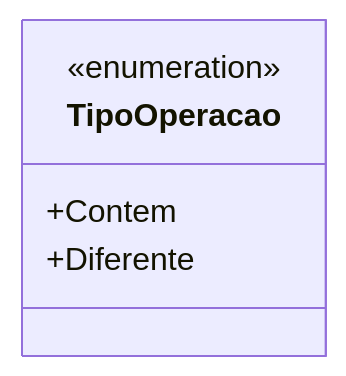
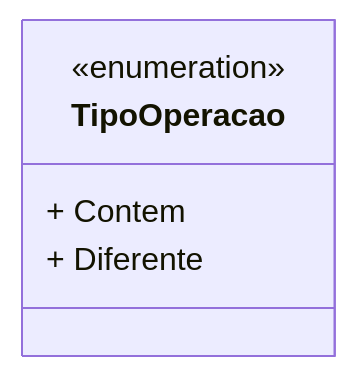
Before and after one commit to IsthmusSistemas/documentacao-tecnica: the diagram in docs/b2b-dominio/IsthmusWinthor.Nucleo/IsthmusWinthor.Dominio/Enumeradores/TipoOperacao.md, drawn with Mermaid. The commit also changed other lines of this file and 882 other files, not shown here.

````diff
--- a/docs/b2b-dominio/IsthmusWinthor.Nucleo/IsthmusWinthor.Dominio/Enumeradores/TipoOperacao.md
+++ b/docs/b2b-dominio/IsthmusWinthor.Nucleo/IsthmusWinthor.Dominio/Enumeradores/TipoOperacao.md
@@ -20,8 +12,8 @@
 ```mermaid
 classDiagram
     class TipoOperacao {
         <<enumeration>>
-        +Contem
-        +Diferente
+        + Contem
+        + Diferente
     }
 ```
````
